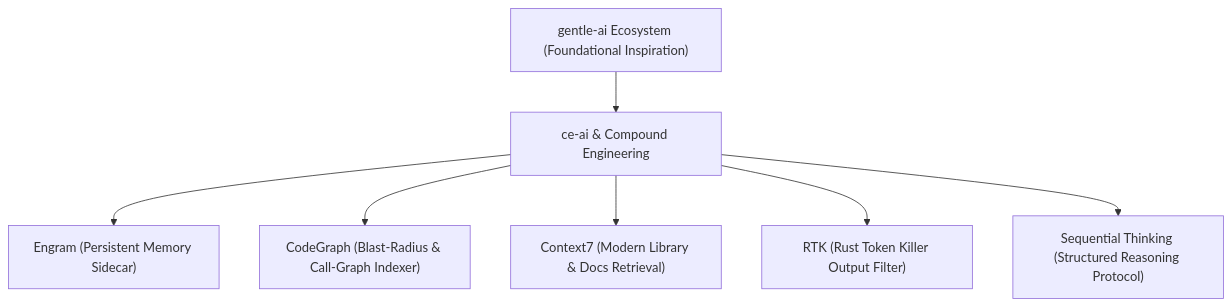
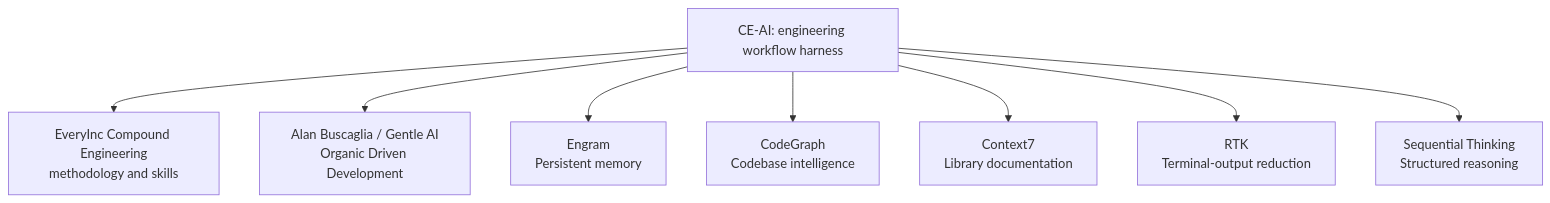
The fifth of 5 diagrams in docs/user-guide/harnesses-loops-and-context-masterclass.md (mastepanoski/ce-ai), drawn with Mermaid before and after one commit. The commit also changed other lines of this file and 12 other files, not shown here.

````diff
--- a/docs/user-guide/harnesses-loops-and-context-masterclass.md
+++ b/docs/user-guide/harnesses-loops-and-context-masterclass.md
@@ -127,9 +128,17 @@
 ```mermaid
 flowchart TD
-    GENTLE["gentle-ai Ecosystem (Foundational Inspiration)"] --> CE_AI["ce-ai & Compound Engineering"]
-    CE_AI --> ENGRAM["Engram (Persistent Memory Sidecar)"]
-    CE_AI --> CODEGRAPH["CodeGraph (Blast-Radius & Call-Graph Indexer)"]
-    CE_AI --> CONTEXT7["Context7 (Modern Library & Docs Retrieval)"]
-    CE_AI --> RTK["RTK (Rust Token Killer Output Filter)"]
-    CE_AI --> SEQ["Sequential Thinking (Structured Reasoning Protocol)"]
+    CE_AI["CE-AI: engineering workflow harness"] --> CE["EveryInc Compound Engineering
+methodology and skills"]
+    CE_AI --> ODD["Alan Buscaglia / Gentle AI
+Organic Driven Development"]
+    CE_AI --> ENGRAM["Engram
+Persistent memory"]
+    CE_AI --> CODEGRAPH["CodeGraph
+Codebase intelligence"]
+    CE_AI --> CONTEXT7["Context7
+Library documentation"]
+    CE_AI --> RTK["RTK
+Terminal-output reduction"]
+    CE_AI --> SEQ["Sequential Thinking
+Structured reasoning"]
 ```
````
